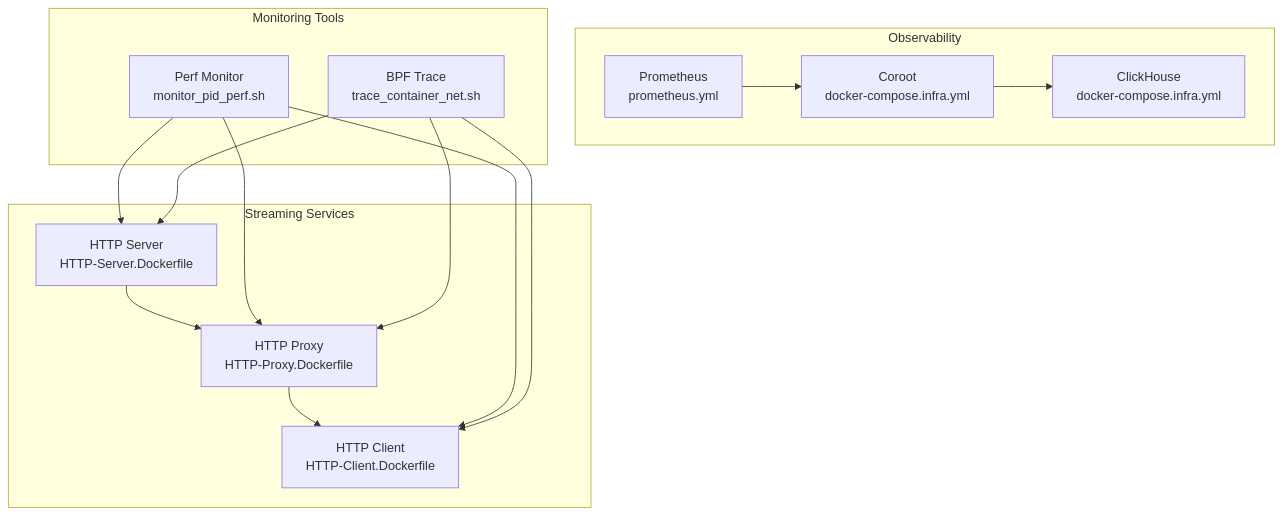
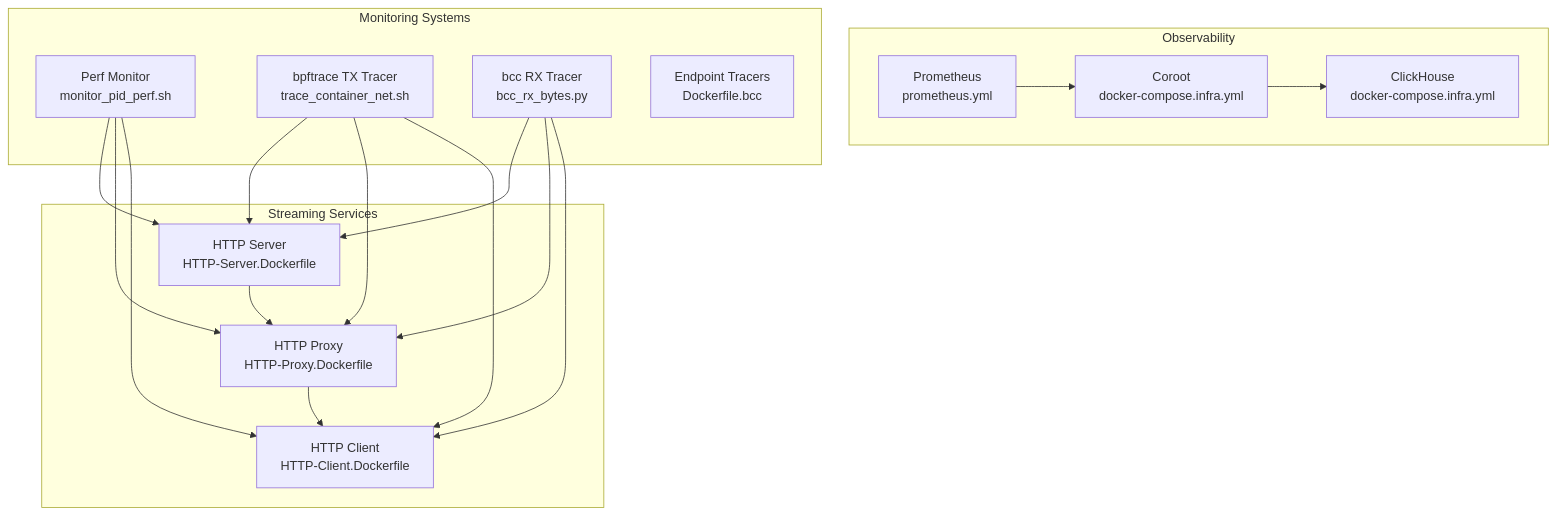
The first of 3 diagrams in .qoder/repowiki/en/content/Integration Components/Network Monitoring System.md (Fogus-Gr/MeasurementsDTs), drawn with Mermaid before and after one commit. The commit also changed other lines of this file and 9 other files, not shown here.

````diff
--- a/.qoder/repowiki/en/content/Integration Components/Network Monitoring System.md
+++ b/.qoder/repowiki/en/content/Integration Components/Network Monitoring System.md
@@ -42,27 +56,32 @@
 ```mermaid
 graph TB
 subgraph "Streaming Services"
 HS["HTTP Server<br/>HTTP-Server.Dockerfile"]
 HP["HTTP Proxy<br/>HTTP-Proxy.Dockerfile"]
 HC["HTTP Client<br/>HTTP-Client.Dockerfile"]
 end
 subgraph "Observability"
 PROM["Prometheus<br/>prometheus.yml"]
 COROOT["Coroot<br/>docker-compose.infra.yml"]
 CH["ClickHouse<br/>docker-compose.infra.yml"]
 end
-subgraph "Monitoring Tools"
+subgraph "Monitoring Systems"
 PERF["Perf Monitor<br/>monitor_pid_perf.sh"]
-TRACE["BPF Trace<br/>trace_container_net.sh"]
+BPFTRACE["bpftrace TX Tracer<br/>trace_container_net.sh"]
+BCC_TRACER["bcc RX Tracer<br/>bcc_rx_bytes.py"]
+ENDPOINTS["Endpoint Tracers<br/>Dockerfile.bcc"]
 end
 HS --> HP
 HP --> HC
 PERF --> HS
 PERF --> HP
 PERF --> HC
-TRACE --> HS
-TRACE --> HP
-TRACE --> HC
+BPFTRACE --> HS
+BPFTRACE --> HP
+BPFTRACE --> HC
+BCC_TRACER --> HS
+BCC_TRACER --> HP
+BCC_TRACER --> HC
 PROM --> COROOT
 COROOT --> CH
 ```
````
